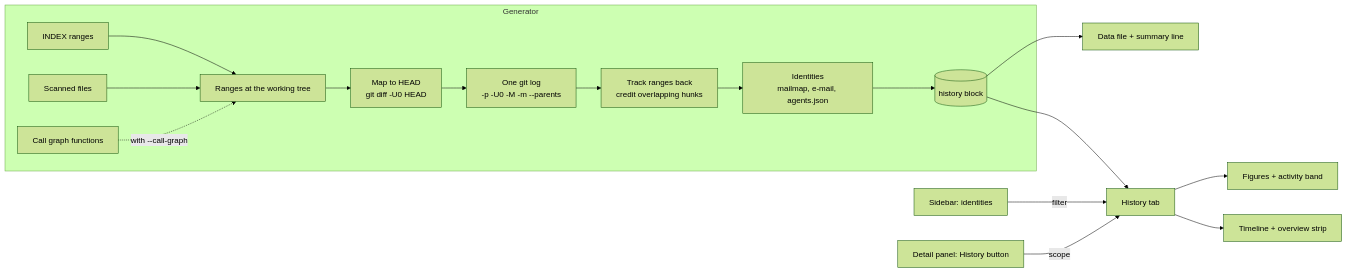
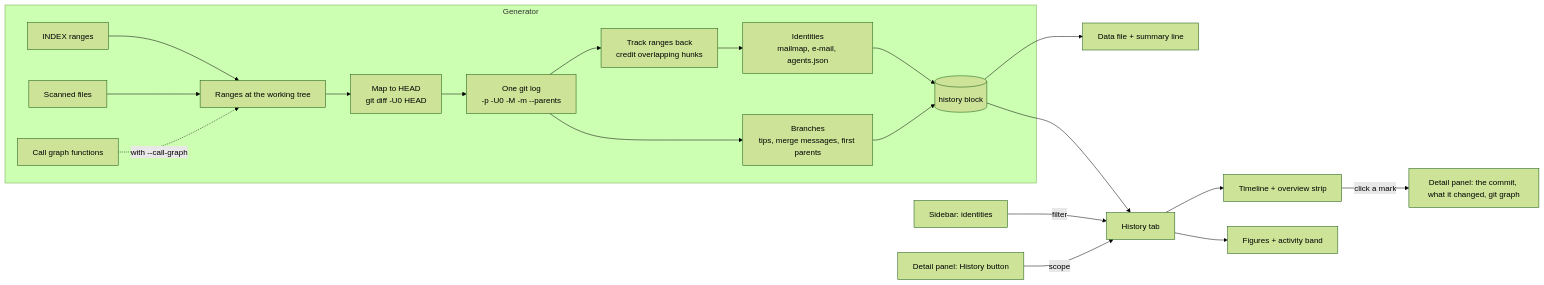
One commit to spashx/agnos changed the diagram in process/2.architecture/ADR-HST-001-contribution-history.md. Above: the diagram before and after it, drawn with Mermaid (forest theme). The commit also changed other lines of this file and 8 other files, not shown here.

````diff
--- a/process/2.architecture/ADR-HST-001-contribution-history.md
+++ b/process/2.architecture/ADR-HST-001-contribution-history.md
@@ -142,19 +187,22 @@
 ```mermaid
 flowchart LR
   subgraph Generator
     I[INDEX ranges] --> R[Ranges at the working tree]
     S[Scanned files] --> R
     C[Call graph functions] -.with --call-graph.-> R
     R --> W[Map to HEAD<br/>git diff -U0 HEAD]
     W --> L[One git log<br/>-p -U0 -M -m --parents]
     L --> T[Track ranges back<br/>credit overlapping hunks]
     T --> P[Identities<br/>mailmap, e-mail, agents.json]
     P --> H[(history block)]
+    L --> B[Branches<br/>tips, merge messages, first parents]
+    B --> H
   end
+  TL -->|click a mark| CD[Detail panel: the commit, what it changed, git graph]
   H --> D[Data file + summary line]
   H --> V[History tab]
   SB[Sidebar: identities] -->|filter| V
   DP[Detail panel: History button] -->|scope| V
   V --> K[Figures + activity band]
   V --> TL[Timeline + overview strip]
 ```
````
